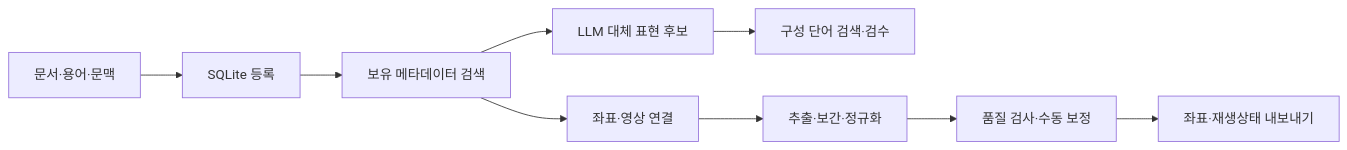
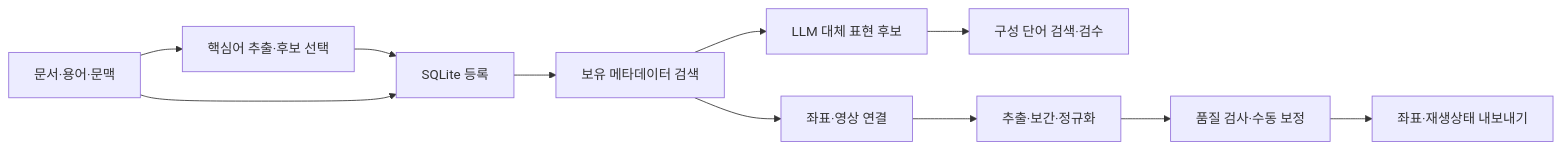
Before and after one commit to MIINGIJANG/ieum: the diagram in scripts/sign_collection_manager/README.md, drawn with Mermaid. The commit also changed other lines of this file and 11 other files, not shown here.

````diff
--- a/scripts/sign_collection_manager/README.md
+++ b/scripts/sign_collection_manager/README.md
@@ -20,11 +20,13 @@
 ```mermaid
 flowchart LR
-    A[문서·용어·문맥] --> B[SQLite 등록]
+    A[문서·용어·문맥] --> X[핵심어 추출·후보 선택]
+    X --> B[SQLite 등록]
+    A --> B
     B --> C[보유 메타데이터 검색]
     C --> D[좌표·영상 연결]
     C --> E[LLM 대체 표현 후보]
     E --> F[구성 단어 검색·검수]
     D --> G[추출·보간·정규화]
     G --> H[품질 검사·수동 보정]
     H --> I[좌표·재생상태 내보내기]
 ```
````
